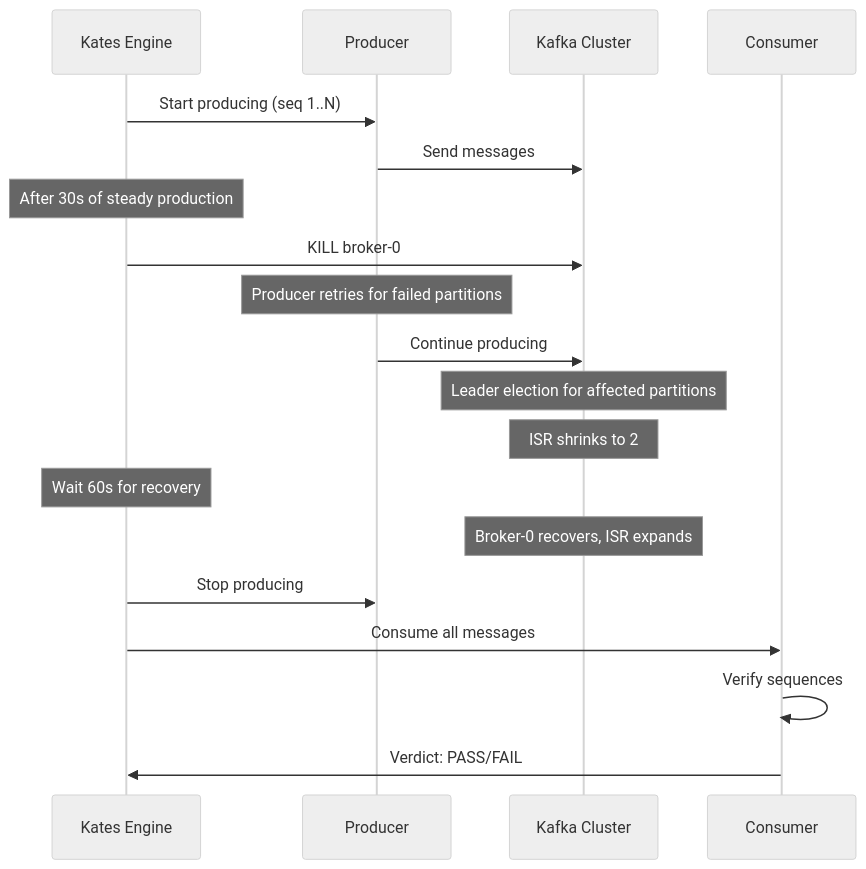
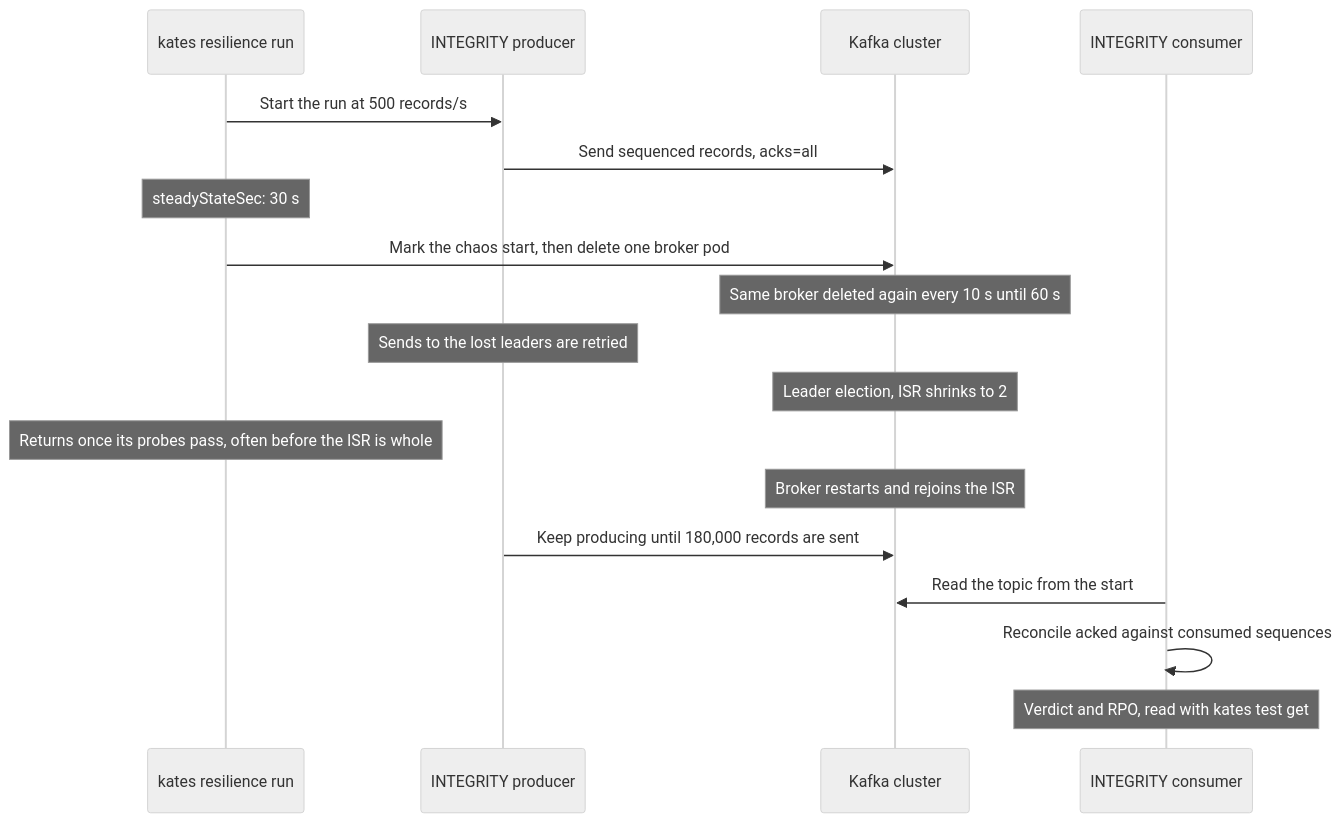
Before and after one commit to actions-marketplace-validations/bmscomp_kates: the third of 3 diagrams in docs/book/08-data-integrity.md, drawn with Mermaid (neutral theme). The commit also changed other lines of this file and 5 other files, not shown here.

Commit message:
docs(book): integrity under chaos as one rate-limited resilience run (#197)

````diff
--- a/docs/book/08-data-integrity.md
+++ b/docs/book/08-data-integrity.md
@@ -199,27 +237,21 @@
 ```mermaid
 sequenceDiagram
-    participant Engine as Kates Engine
-    participant Producer as Producer
-    participant Kafka as Kafka Cluster
-    participant Consumer as Consumer
-    
-    Engine->>Producer: Start producing (seq 1..N)
-    Producer->>Kafka: Send messages
-    
-    Note over Engine: After 30s of steady production
-    Engine->>Kafka: KILL broker-0
-    
-    Note over Producer: Producer retries for failed partitions
-    Producer->>Kafka: Continue producing
-    
-    Note over Kafka: Leader election for affected partitions
-    Note over Kafka: ISR shrinks to 2
-    
-    Note over Engine: Wait 60s for recovery
-    Note over Kafka: Broker-0 recovers, ISR expands
-    
-    Engine->>Producer: Stop producing
-    Engine->>Consumer: Consume all messages
-    Consumer->>Consumer: Verify sequences
-    Consumer->>Engine: Verdict: PASS/FAIL
+    participant Res as kates resilience run
+    participant Producer as INTEGRITY producer
+    participant Kafka as Kafka cluster
+    participant Consumer as INTEGRITY consumer
+
+    Res->>Producer: Start the run at 500 records/s
+    Producer->>Kafka: Send sequenced records, acks=all
+    Note over Res: steadyStateSec: 30 s
+    Res->>Kafka: Mark the chaos start, then delete one broker pod
+    Note over Kafka: Same broker deleted again every 10 s until 60 s
+    Note over Producer: Sends to the lost leaders are retried
+    Note over Kafka: Leader election, ISR shrinks to 2
+    Note over Res: Returns once its probes pass, often before the ISR is whole
+    Note over Kafka: Broker restarts and rejoins the ISR
+    Producer->>Kafka: Keep producing until 180,000 records are sent
+    Consumer->>Kafka: Read the topic from the start
+    Consumer->>Consumer: Reconcile acked against consumed sequences
+    Note over Consumer: Verdict and RPO, read with kates test get
 ```
````
